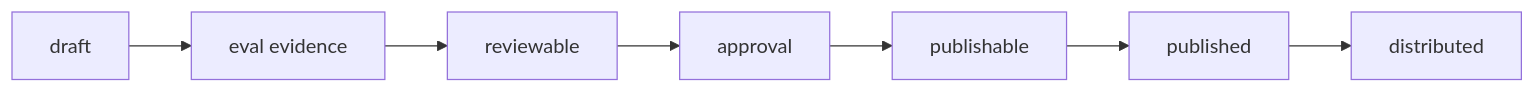
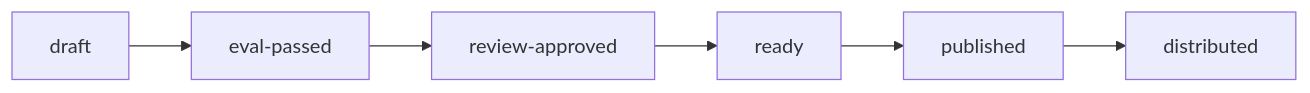
Before and after one commit to rpamis/comet-website-docs: the first of 2 diagrams in zh/skill-factory/publishing.mdx, drawn with Mermaid. The commit also changed other lines of this file and 19 other files, not shown here.

````diff
--- a/zh/skill-factory/publishing.mdx
+++ b/zh/skill-factory/publishing.mdx
@@ -14,9 +14,8 @@
 ```mermaid
 flowchart LR
-  A["draft"] --> B["eval evidence"]
-  B --> C["reviewable"]
-  C --> D["approval"]
-  D --> E["publishable"]
-  E --> F["published"]
-  F --> G["distributed"]
+    A["draft"] --> B["eval-passed"]
+    B --> C["review-approved"]
+    C --> D["ready"]
+    D --> E["published"]
+    E --> F["distributed"]
 ```
````
